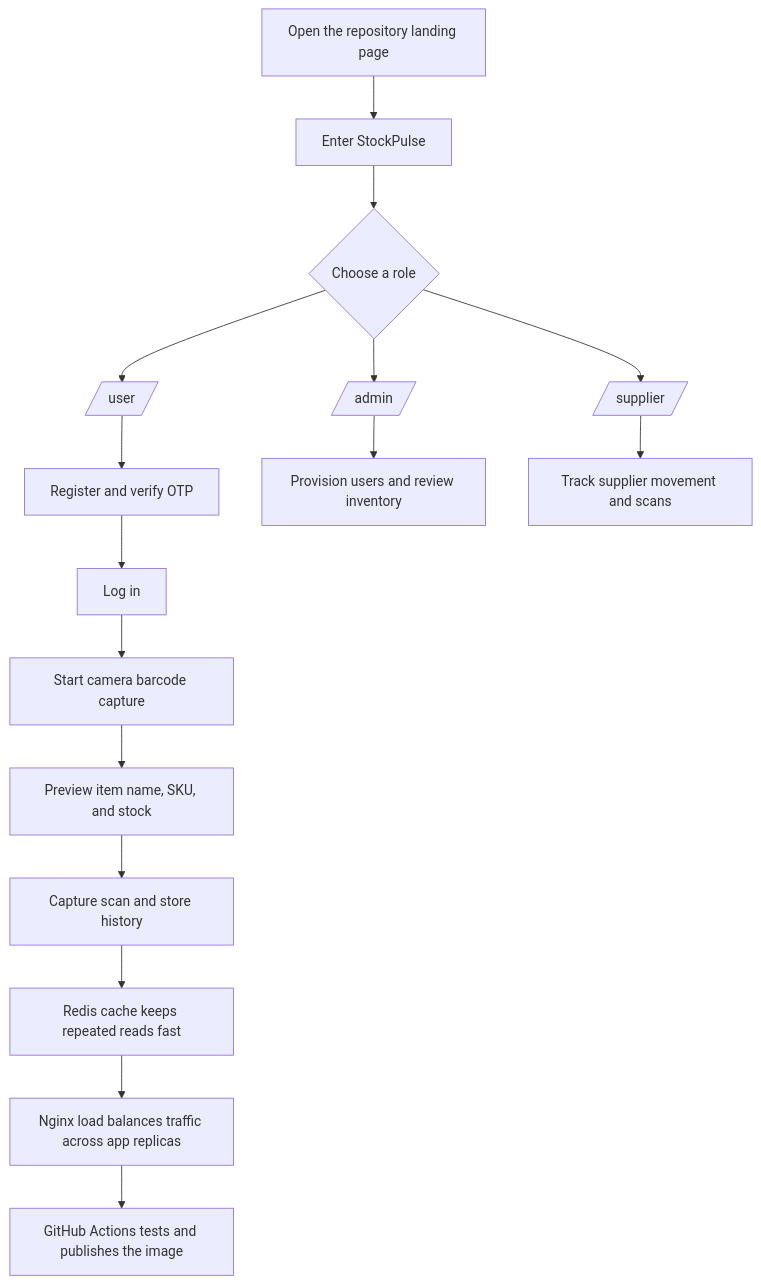
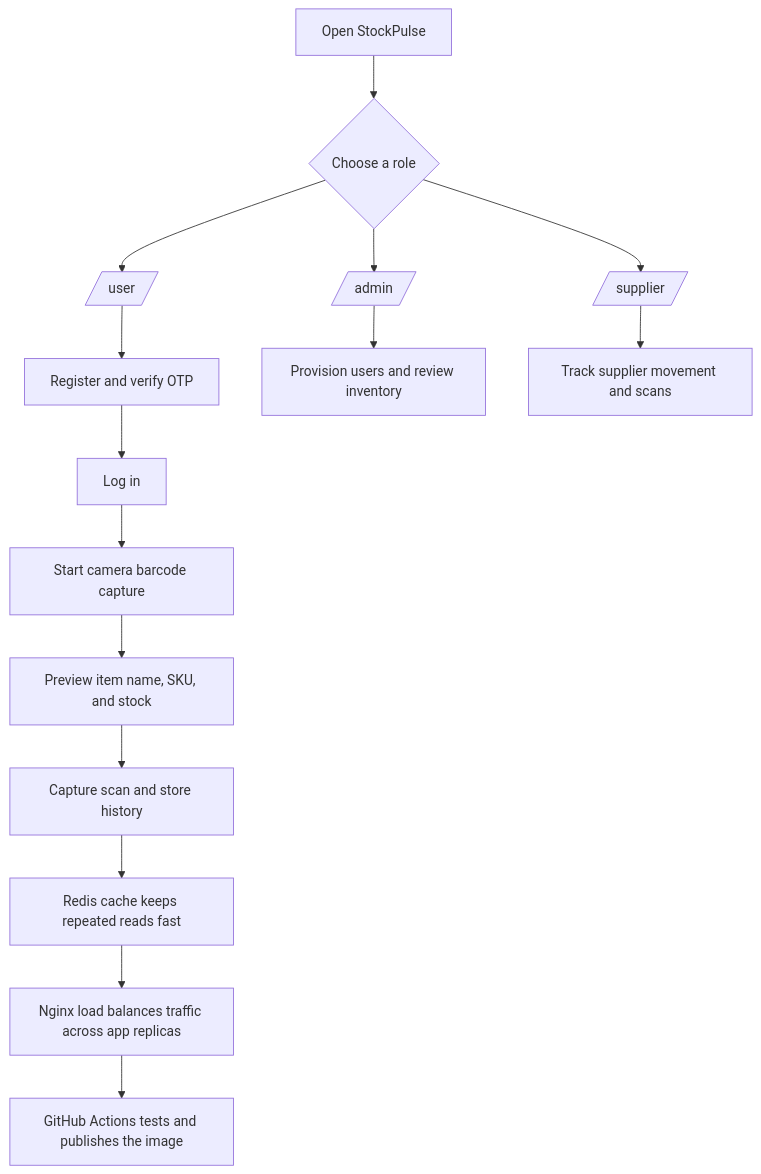
One commit to osman-builds/StockPulse changed the diagram in README.md. Above: the diagram before and after it, drawn with Mermaid. The commit also changed other lines of this file and 1 other file, not shown here.

Commit message:
Align repository README with StockPulse app branding

````diff
--- a/README.md
+++ b/README.md
@@ -21,18 +28,17 @@
 ```mermaid
 flowchart TD
-    A[Open the repository landing page] --> B[Enter StockPulse]
-    B --> C{Choose a role}
-    C --> D[/user/]
-    C --> E[/admin/]
-    C --> F[/supplier/]
-    D --> G[Register and verify OTP]
-    G --> H[Log in]
-    H --> I[Start camera barcode capture]
-    I --> J[Preview item name, SKU, and stock]
-    J --> K[Capture scan and store history]
-    E --> L[Provision users and review inventory]
-    F --> M[Track supplier movement and scans]
-    K --> N[Redis cache keeps repeated reads fast]
-    N --> O[Nginx load balances traffic across app replicas]
-    O --> P[GitHub Actions tests and publishes the image]
+    A[Open StockPulse] --> B{Choose a role}
+    B --> C[/user/]
+    B --> D[/admin/]
+    B --> E[/supplier/]
+    C --> F[Register and verify OTP]
+    F --> G[Log in]
+    G --> H[Start camera barcode capture]
+    H --> I[Preview item name, SKU, and stock]
+    I --> J[Capture scan and store history]
+    D --> K[Provision users and review inventory]
+    E --> L[Track supplier movement and scans]
+    J --> M[Redis cache keeps repeated reads fast]
+    M --> N[Nginx load balances traffic across app replicas]
+    N --> O[GitHub Actions tests and publishes the image]
 ```
````
